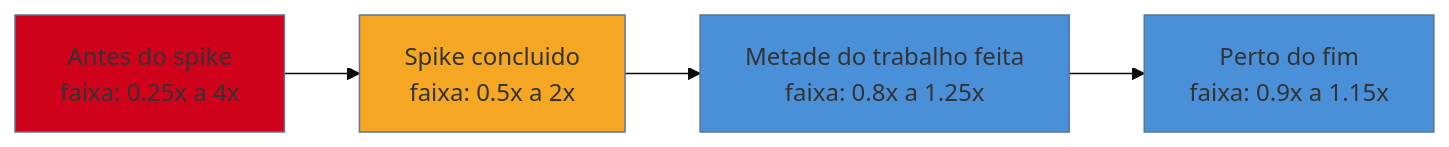
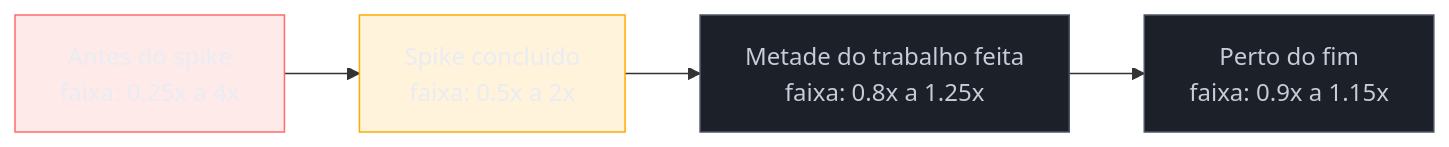
One commit to josenaldo/codex-technomanticus changed the second of 2 diagrams in 03-Dominios/Engenharia/Arqueologia e Restauração de Software/25 - Sustentabilidade humana.md. Above: the diagram before and after it, drawn with Mermaid. The commit also changed other lines of this file and 1181 other files, not shown here.

First line of the commit message:
fix(diagramas): paleta do sistema no lugar de cor cravada no markdown

````diff
--- a/03-Dominios/Engenharia/Arqueologia e Restauração de Software/25 - Sustentabilidade humana.md
+++ b/03-Dominios/Engenharia/Arqueologia e Restauração de Software/25 - Sustentabilidade humana.md
@@ -78,11 +79,13 @@
 ```mermaid
-%%{init: {"theme": "base", "themeVariables": {"primaryColor": "#4A90D9"}}}%%
 graph LR
+    classDef falha fill:#FF6B6B24,stroke:#FF6B6B,color:#E9ECF2
+    classDef destaque fill:#FFAA0024,stroke:#FFAA00,color:#E9ECF2
+    classDef neutro fill:#1B2029,stroke:#4E5666,color:#C6CCD8
     A["Antes do spike<br/>faixa: 0.25x a 4x"] --> B["Spike concluido<br/>faixa: 0.5x a 2x"]
     B --> C["Metade do trabalho feita<br/>faixa: 0.8x a 1.25x"]
     C --> D["Perto do fim<br/>faixa: 0.9x a 1.15x"]
-    style A fill:#D0021B
-    style B fill:#F5A623
-    style C fill:#4A90D9
-    style D fill:#4A90D9
+    class A falha
+    class B destaque
+    class C neutro
+    class D neutro
 ```
````
